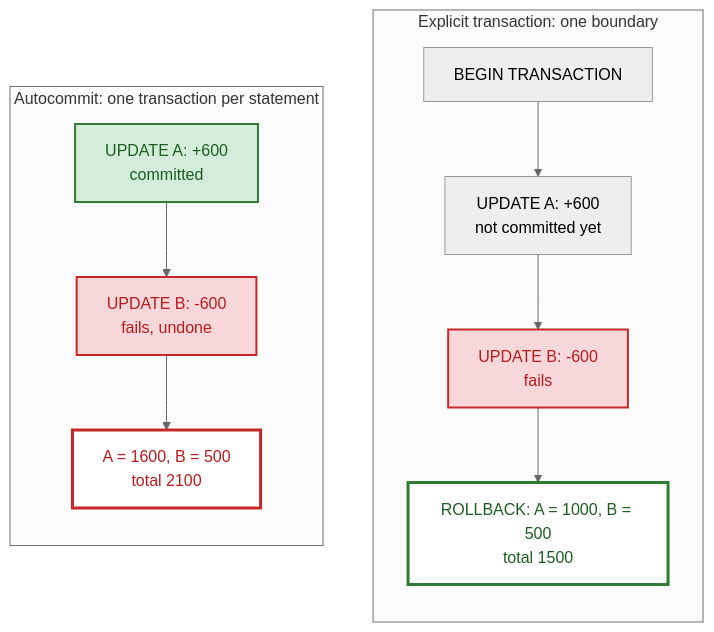
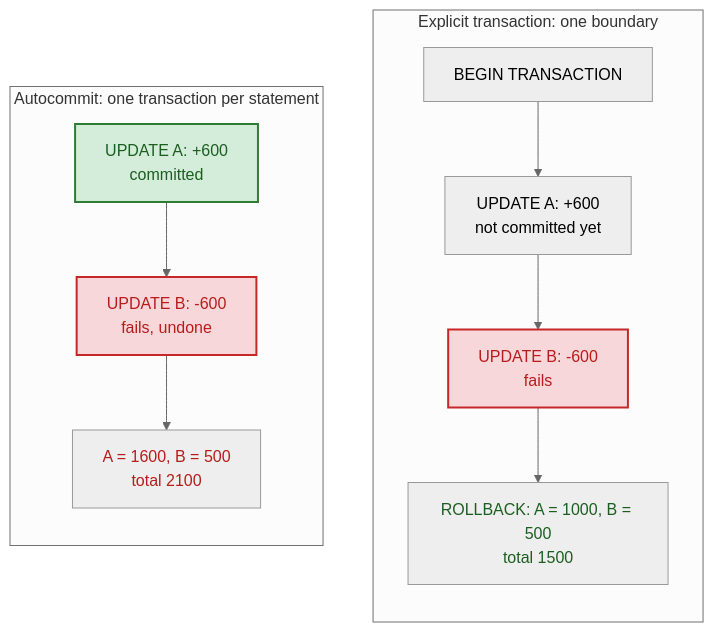
One commit to tjovic/database-design-labs-public changed the first of 9 diagrams in labs/lab09-transactions.md. Above: the diagram before and after it, drawn with Mermaid (neutral theme). The commit also changed other lines of this file, not shown here.

````diff
--- a/labs/lab09-transactions.md
+++ b/labs/lab09-transactions.md
@@ -174,24 +174,24 @@
 ```mermaid
 flowchart LR
     subgraph AUTO["Autocommit: one transaction per statement"]
         direction TB
         A1["UPDATE A: +600<br/>committed"] --> A2["UPDATE B: -600<br/>fails, undone"]
         A2 --> A3["A = 1600, B = 500<br/>total 2100"]
     end
     subgraph EXPL["Explicit transaction: one boundary"]
         direction TB
         E1["BEGIN TRANSACTION"] --> E2["UPDATE A: +600<br/>not committed yet"]
         E2 --> E3["UPDATE B: -600<br/>fails"]
         E3 --> E4["ROLLBACK: A = 1000, B = 500<br/>total 1500"]
     end
     AUTO ~~~ EXPL
 
     classDef committed fill:#d4edda,stroke:#2e7d32,stroke-width:2px,color:#1b5e20
     classDef failed fill:#f8d7da,stroke:#c62828,stroke-width:2px,color:#b71c1c
-    classDef wrong fill:#ffffff,stroke:#c62828,stroke-width:3px,color:#b71c1c
-    classDef right fill:#ffffff,stroke:#2e7d32,stroke-width:3px,color:#1b5e20
+    classDef wrong color:#b71c1c
+    classDef right color:#1b5e20
     class A1 committed
     class A2,E3 failed
     class A3 wrong
     class E4 right
 ```
````
